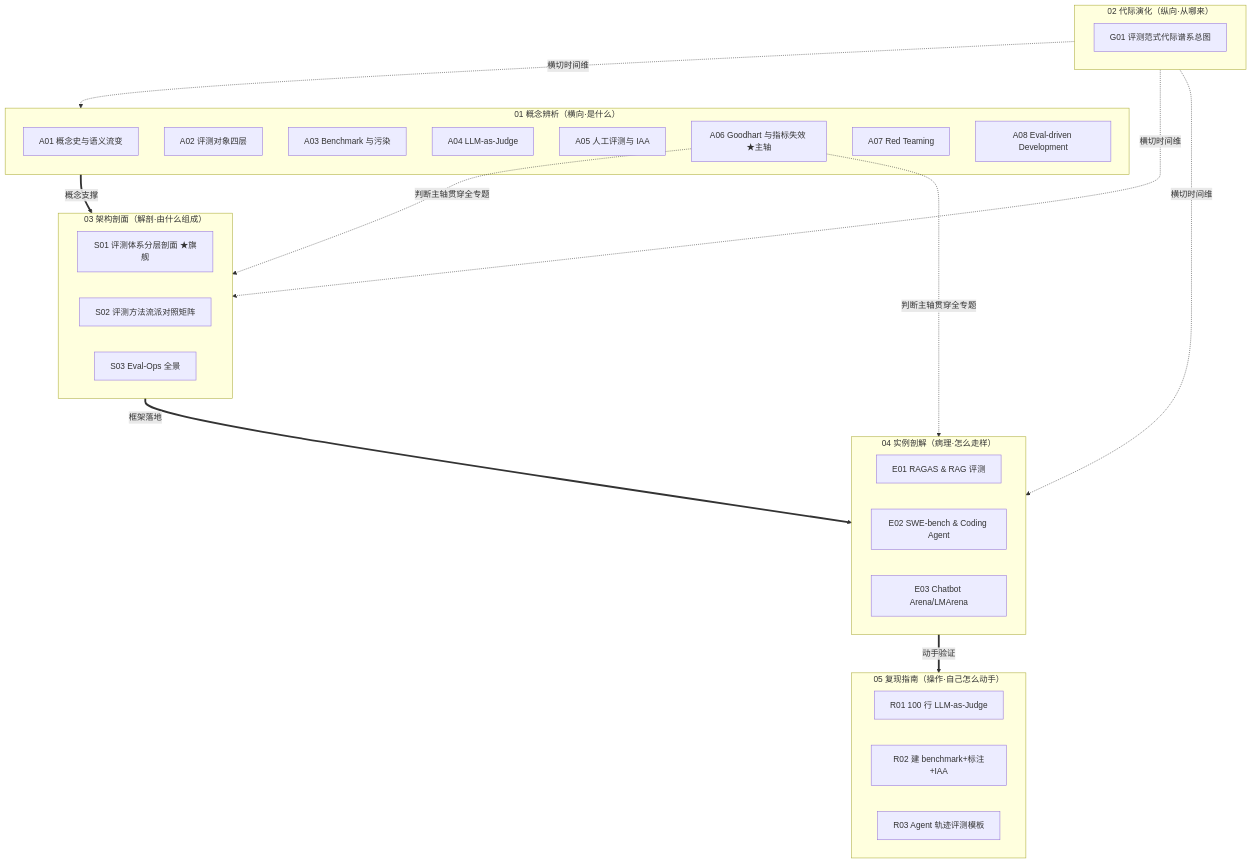
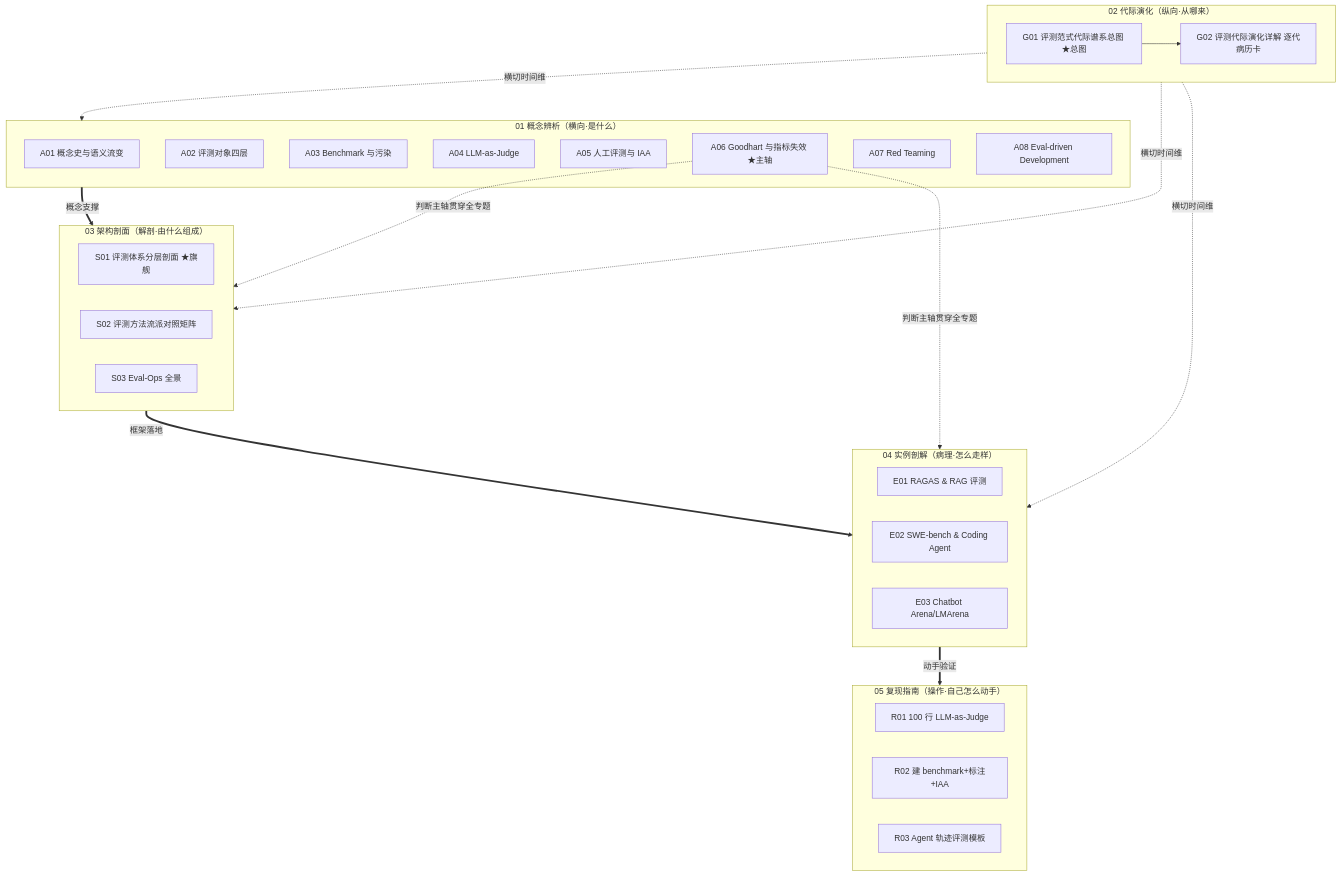
One commit to Longwind1984/ricksi.com changed the diagram in content/kb/专题-评测与度量/_评测系统化专题-总览.md. Above: the diagram before and after it, drawn with Mermaid. The commit also changed other lines of this file and 217 other files, not shown here.

````diff
--- a/content/kb/专题-评测与度量/_评测系统化专题-总览.md
+++ b/content/kb/专题-评测与度量/_评测系统化专题-总览.md
@@ -49,40 +49,42 @@
 ```mermaid
 flowchart TB
     subgraph M01["01 概念辨析（横向·是什么）"]
         A01[A01 概念史与语义流变]
         A02[A02 评测对象四层]
         A03[A03 Benchmark 与污染]
         A04[A04 LLM-as-Judge]
         A05[A05 人工评测与 IAA]
         A06[A06 Goodhart 与指标失效 ★主轴]
         A07[A07 Red Teaming]
         A08[A08 Eval-driven Development]
     end
     subgraph M02["02 代际演化（纵向·从哪来）"]
-        G01[G01 评测范式代际谱系总图]
+        G01[G01 评测范式代际谱系总图 ★总图]
+        G02[G02 评测代际演化详解 逐代病历卡]
+        G01 --> G02
     end
     subgraph M03["03 架构剖面（解剖·由什么组成）"]
         S01[S01 评测体系分层剖面 ★旗舰]
         S02[S02 评测方法流派对照矩阵]
         S03[S03 Eval-Ops 全景]
     end
     subgraph M04["04 实例剖解（病理·怎么走样）"]
         E01[E01 RAGAS & RAG 评测]
         E02[E02 SWE-bench & Coding Agent]
         E03[E03 Chatbot Arena/LMArena]
     end
     subgraph M05["05 复现指南（操作·自己怎么动手）"]
         R01[R01 100 行 LLM-as-Judge]
         R02[R02 建 benchmark+标注+IAA]
         R03[R03 Agent 轨迹评测模板]
     end
 
     M01 ==>|概念支撑| M03
     M03 ==>|框架落地| M04
     M04 ==>|动手验证| M05
     M02 -.横切时间维.-> M01
     M02 -.横切时间维.-> M03
     M02 -.横切时间维.-> M04
     A06 -.判断主轴贯穿全专题.-> M03
     A06 -.判断主轴贯穿全专题.-> M04
 ```
````
